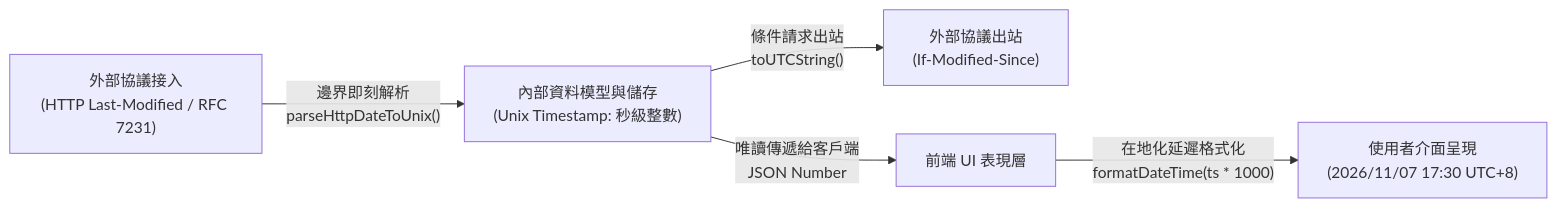
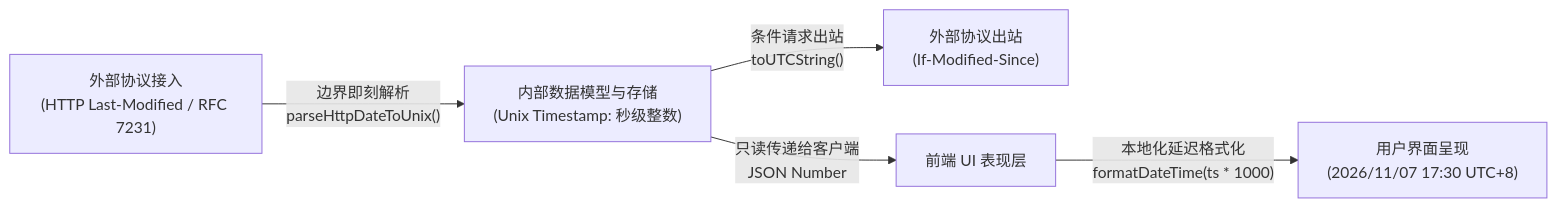
One commit to Obein/DNS-Worker changed the diagram in docs/src/content/docs/zh-tw/architecture/standards.mdx. Above: the diagram before and after it, drawn with Mermaid. The commit also changed other lines of this file and 6 other files, not shown here.

Commit message:
docs(architecture): add level badges, rationale, good practices and anti-patterns to design standards

````diff
--- a/docs/src/content/docs/zh-tw/architecture/standards.mdx
+++ b/docs/src/content/docs/zh-tw/architecture/standards.mdx
@@ -39,7 +140,7 @@
 ```mermaid
 flowchart LR
-    A["外部協議接入<br/>(HTTP Last-Modified / RFC 7231)"] -->|"邊界即刻解析<br/>parseHttpDateToUnix()"| B["內部資料模型與儲存<br/>(Unix Timestamp: 秒級整數)"]
-    B -->|"條件請求出站<br/>toUTCString()"| C["外部協議出站<br/>(If-Modified-Since)"]
-    B -->|"唯讀傳遞給客戶端<br/>JSON Number"| D["前端 UI 表現層"]
-    D -->|"在地化延遲格式化<br/>formatDateTime(ts * 1000)"| E["使用者介面呈現<br/>(2026/11/07 17:30 UTC+8)"]
+    A["外部协议接入<br/>(HTTP Last-Modified / RFC 7231)"] -->|"边界即刻解析<br/>parseHttpDateToUnix()"| B["内部数据模型与存储<br/>(Unix Timestamp: 秒级整数)"]
+    B -->|"条件请求出站<br/>toUTCString()"| C["外部协议出站<br/>(If-Modified-Since)"]
+    B -->|"只读传递给客户端<br/>JSON Number"| D["前端 UI 表现层"]
+    D -->|"本地化延迟格式化<br/>formatDateTime(ts * 1000)"| E["用户界面呈现<br/>(2026/11/07 17:30 UTC+8)"]
 ```
````
